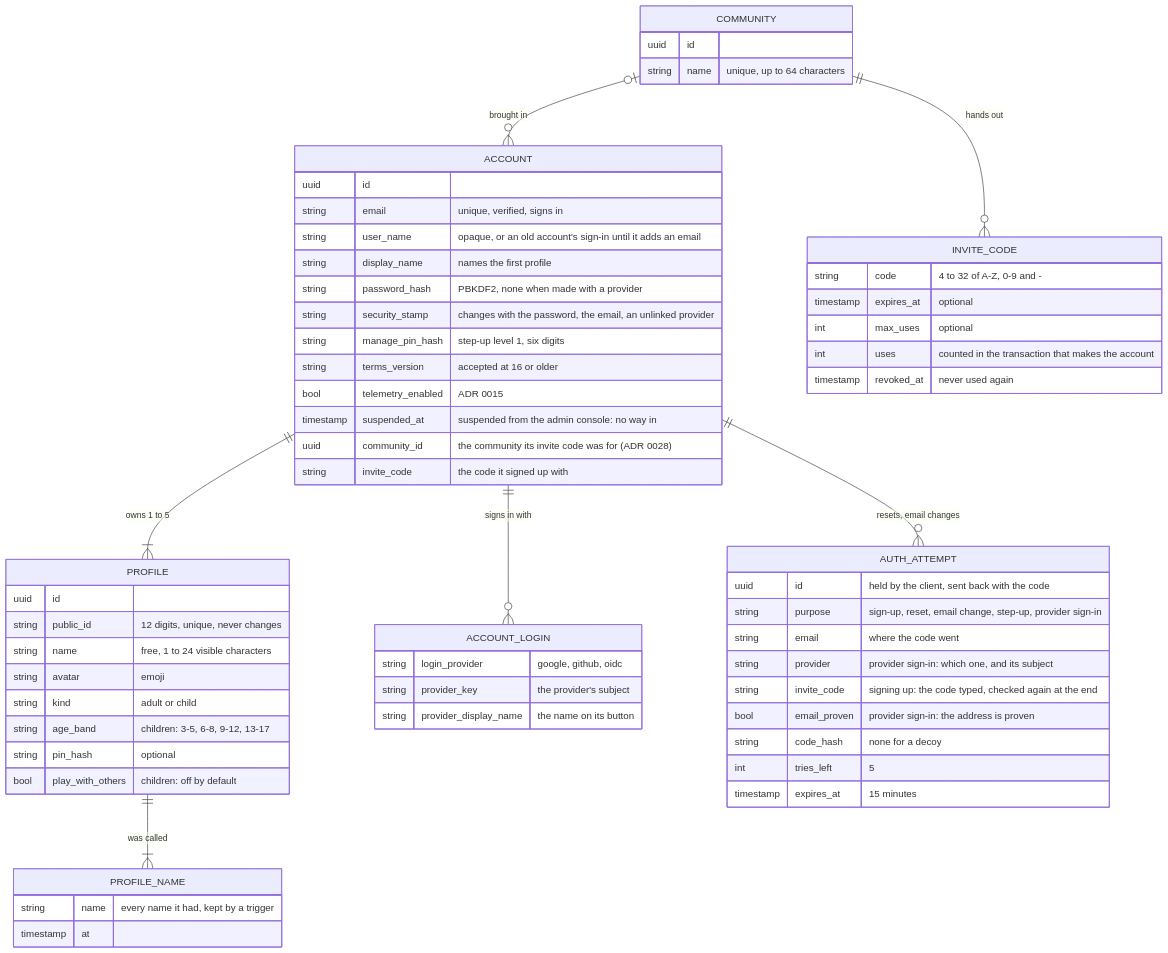
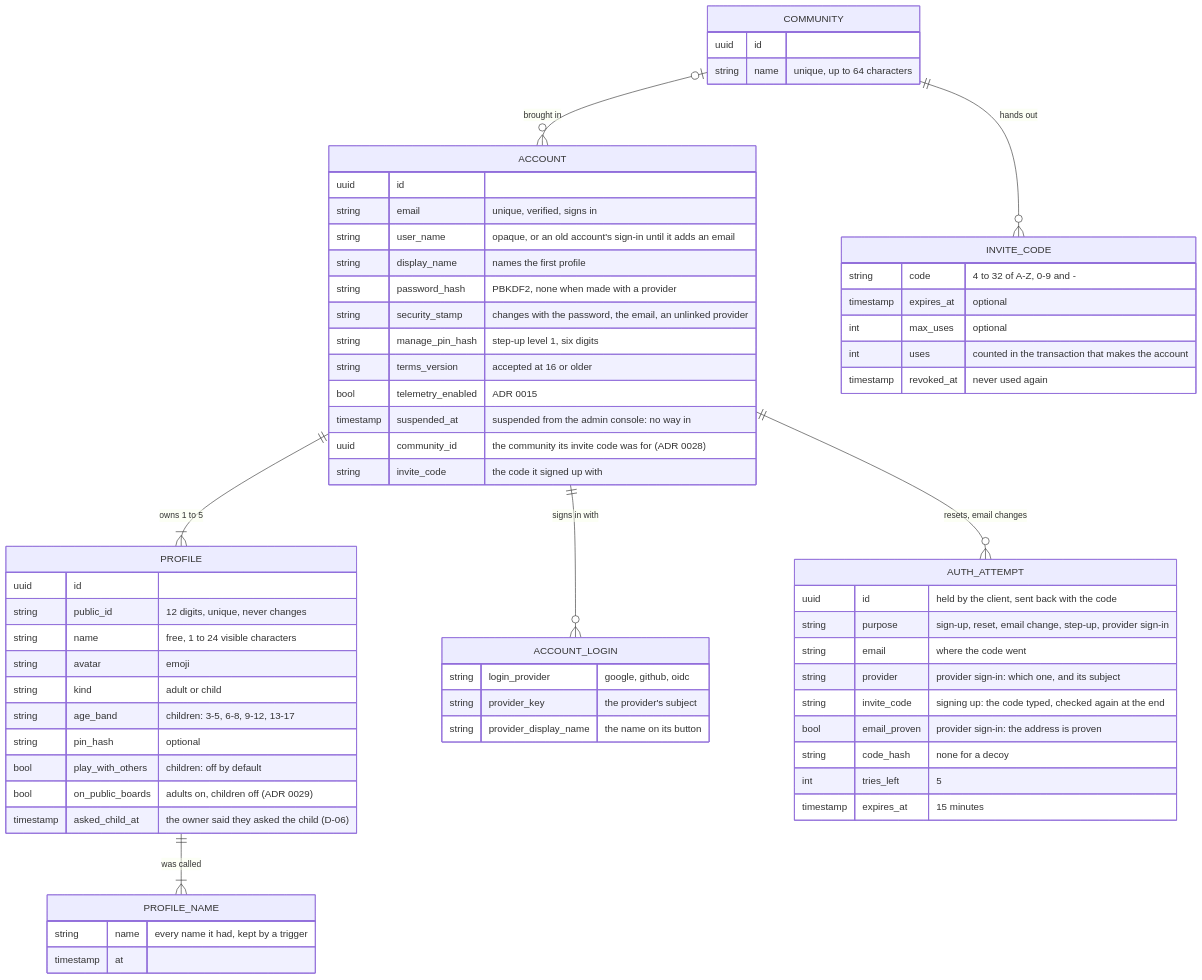
Before and after one commit to vinh466/tohe-play: the first of 11 diagrams in docs/architecture/identity.md, drawn with Mermaid. The commit also changed other lines of this file and 1 other file, not shown here.

First line of the commit message:
docs: public boards and the profile's switch

````diff
--- a/docs/architecture/identity.md
+++ b/docs/architecture/identity.md
@@ -17,64 +17,66 @@
 ```mermaid
 erDiagram
   ACCOUNT ||--|{ PROFILE : "owns 1 to 5"
   PROFILE ||--|{ PROFILE_NAME : "was called"
   ACCOUNT ||--o{ ACCOUNT_LOGIN : "signs in with"
   ACCOUNT ||--o{ AUTH_ATTEMPT : "resets, email changes"
   COMMUNITY |o--o{ ACCOUNT : "brought in"
   COMMUNITY ||--o{ INVITE_CODE : "hands out"
   ACCOUNT {
     uuid id
     string email "unique, verified, signs in"
     string user_name "opaque, or an old account's sign-in until it adds an email"
     string display_name "names the first profile"
     string password_hash "PBKDF2, none when made with a provider"
     string security_stamp "changes with the password, the email, an unlinked provider"
     string manage_pin_hash "step-up level 1, six digits"
     string terms_version "accepted at 16 or older"
     bool telemetry_enabled "ADR 0015"
     timestamp suspended_at "suspended from the admin console: no way in"
     uuid community_id "the community its invite code was for (ADR 0028)"
     string invite_code "the code it signed up with"
   }
   COMMUNITY {
     uuid id
     string name "unique, up to 64 characters"
   }
   INVITE_CODE {
     string code "4 to 32 of A-Z, 0-9 and -"
     timestamp expires_at "optional"
     int max_uses "optional"
     int uses "counted in the transaction that makes the account"
     timestamp revoked_at "never used again"
   }
   ACCOUNT_LOGIN {
     string login_provider "google, github, oidc"
     string provider_key "the provider's subject"
     string provider_display_name "the name on its button"
   }
   PROFILE_NAME {
     string name "every name it had, kept by a trigger"
     timestamp at
   }
   PROFILE {
     uuid id
     string public_id "12 digits, unique, never changes"
     string name "free, 1 to 24 visible characters"
     string avatar "emoji"
     string kind "adult or child"
     string age_band "children: 3-5, 6-8, 9-12, 13-17"
     string pin_hash "optional"
     bool play_with_others "children: off by default"
+    bool on_public_boards "adults on, children off (ADR 0029)"
+    timestamp asked_child_at "the owner said they asked the child (D-06)"
   }
   AUTH_ATTEMPT {
     uuid id "held by the client, sent back with the code"
     string purpose "sign-up, reset, email change, step-up, provider sign-in"
     string email "where the code went"
     string provider "provider sign-in: which one, and its subject"
     string invite_code "signing up: the code typed, checked again at the end"
     bool email_proven "provider sign-in: the address is proven"
     string code_hash "none for a decoy"
     int tries_left "5"
     timestamp expires_at "15 minutes"
   }
 ```
````
